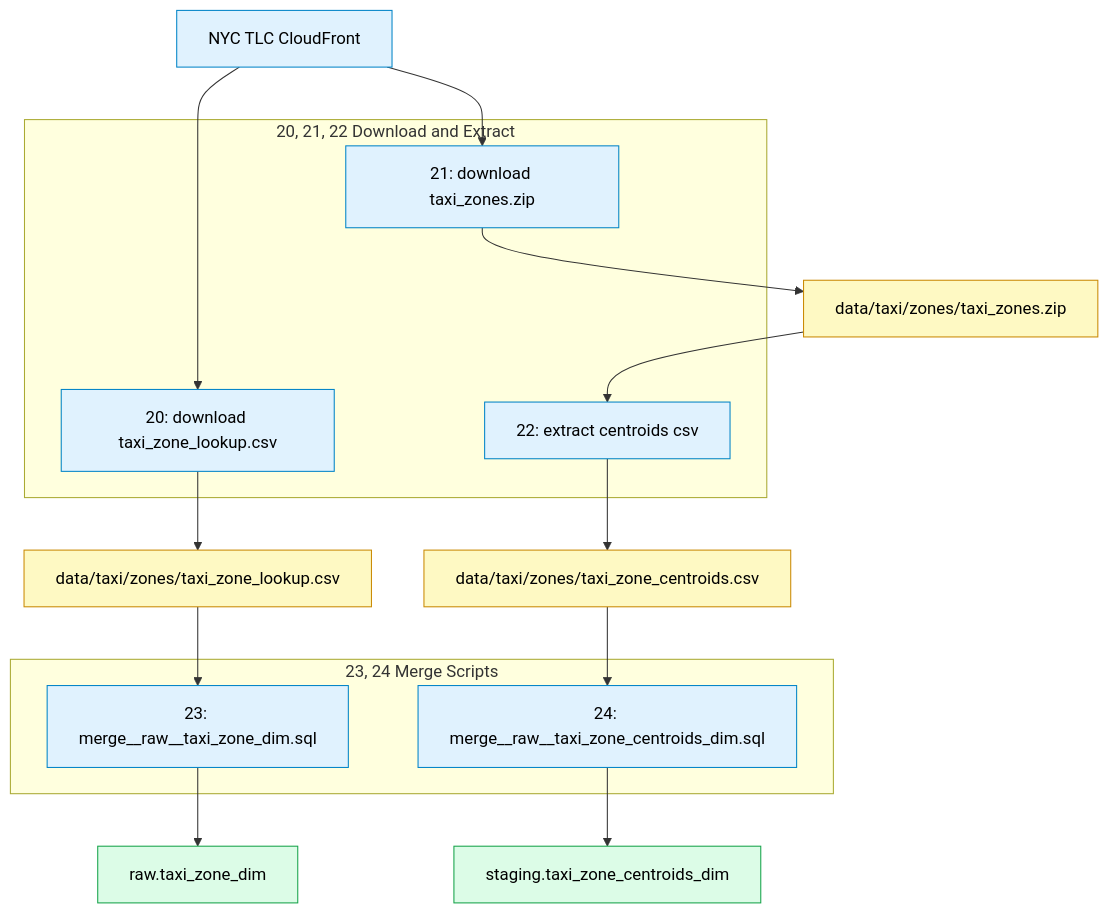
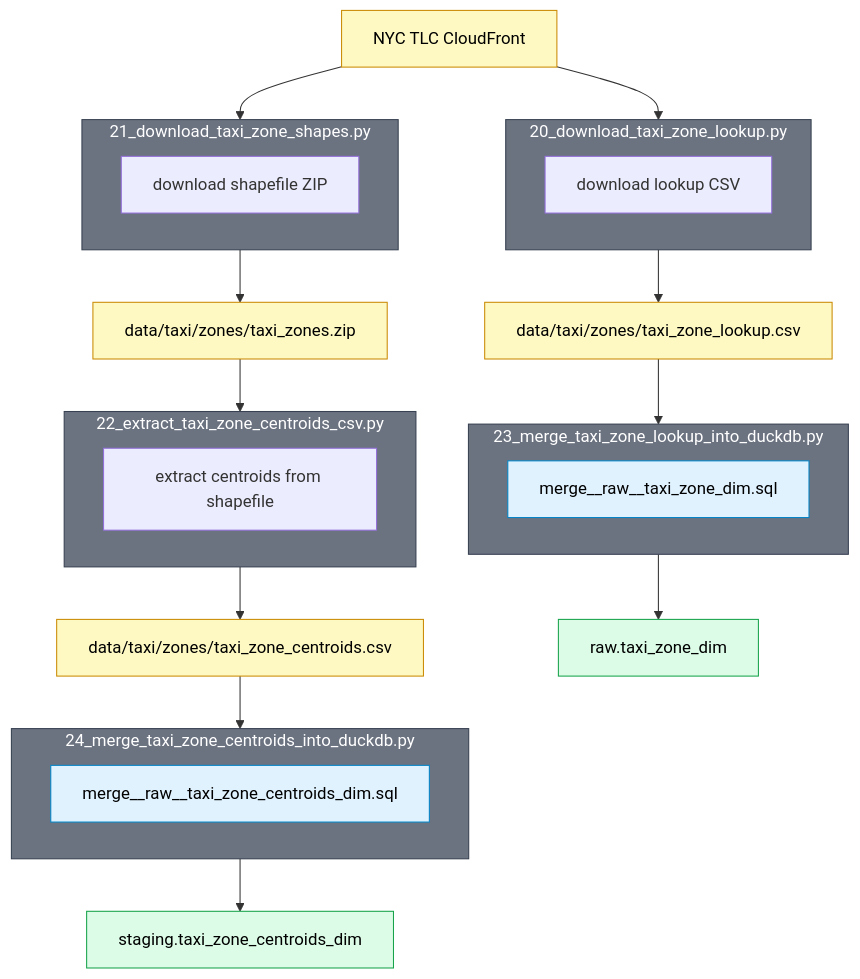
Before and after one commit to betsyhcamp/nyc_taxi: the third of 5 diagrams in local/README.md, drawn with Mermaid. The commit also changed other lines of this file and 1 other file, not shown here.

Commit message:
add explicit instructions for creating dataflow diagrams; update diagrams

````diff
--- a/local/README.md
+++ b/local/README.md
@@ -254,29 +280,45 @@
 ```mermaid
 flowchart TD
-    classDef script fill:#e0f2fe,stroke:#0284c7,color:#000
+    classDef sql fill:#e0f2fe,stroke:#0284c7,color:#000
     classDef file fill:#fef9c3,stroke:#ca8a04,color:#000
     classDef table fill:#dcfce7,stroke:#16a34a,color:#000
 
-    TLC[NYC TLC CloudFront]:::script
+    tlc_api[NYC TLC CloudFront]:::file
 
-    subgraph download [20, 21, 22 Download and Extract]
-        script_20[20: download taxi_zone_lookup.csv]:::script
-        script_21[21: download taxi_zones.zip]:::script
-        script_22[22: extract centroids csv]:::script
+    subgraph script_20 [20_download_taxi_zone_lookup.py]
+        download_20[download lookup CSV]
+    end
+
+    subgraph script_21 [21_download_taxi_zone_shapes.py]
+        download_21[download shapefile ZIP]
     end
 
     lookup_csv[data/taxi/zones/taxi_zone_lookup.csv]:::file
     shapes_zip[data/taxi/zones/taxi_zones.zip]:::file
+
+    subgraph script_22 [22_extract_taxi_zone_centroids_csv.py]
+        extract_22[extract centroids from shapefile]
+    end
+
     centroids_csv[data/taxi/zones/taxi_zone_centroids.csv]:::file
 
-    subgraph merge [23, 24 Merge Scripts]
-        script_23[23: merge__raw__taxi_zone_dim.sql]:::script
-        script_24[24: merge__raw__taxi_zone_centroids_dim.sql]:::script
+    subgraph script_23 [23_merge_taxi_zone_lookup_into_duckdb.py]
+        merge_23[merge__raw__taxi_zone_dim.sql]:::sql
+    end
+
+    subgraph script_24 [24_merge_taxi_zone_centroids_into_duckdb.py]
+        merge_24[merge__raw__taxi_zone_centroids_dim.sql]:::sql
     end
 
     raw_zone[raw.taxi_zone_dim]:::table
     stg_centroid[staging.taxi_zone_centroids_dim]:::table
 
-    TLC --> script_20 --> lookup_csv --> script_23 --> raw_zone
-    TLC --> script_21 --> shapes_zip --> script_22 --> centroids_csv --> script_24 --> stg_centroid
+    tlc_api --> script_20 --> lookup_csv --> script_23 --> raw_zone
+    tlc_api --> script_21 --> shapes_zip --> script_22 --> centroids_csv --> script_24 --> stg_centroid
+
+    style script_20 fill:#6b7280,stroke:#374151,color:#fff
+    style script_21 fill:#6b7280,stroke:#374151,color:#fff
+    style script_22 fill:#6b7280,stroke:#374151,color:#fff
+    style script_23 fill:#6b7280,stroke:#374151,color:#fff
+    style script_24 fill:#6b7280,stroke:#374151,color:#fff
 ```
````
